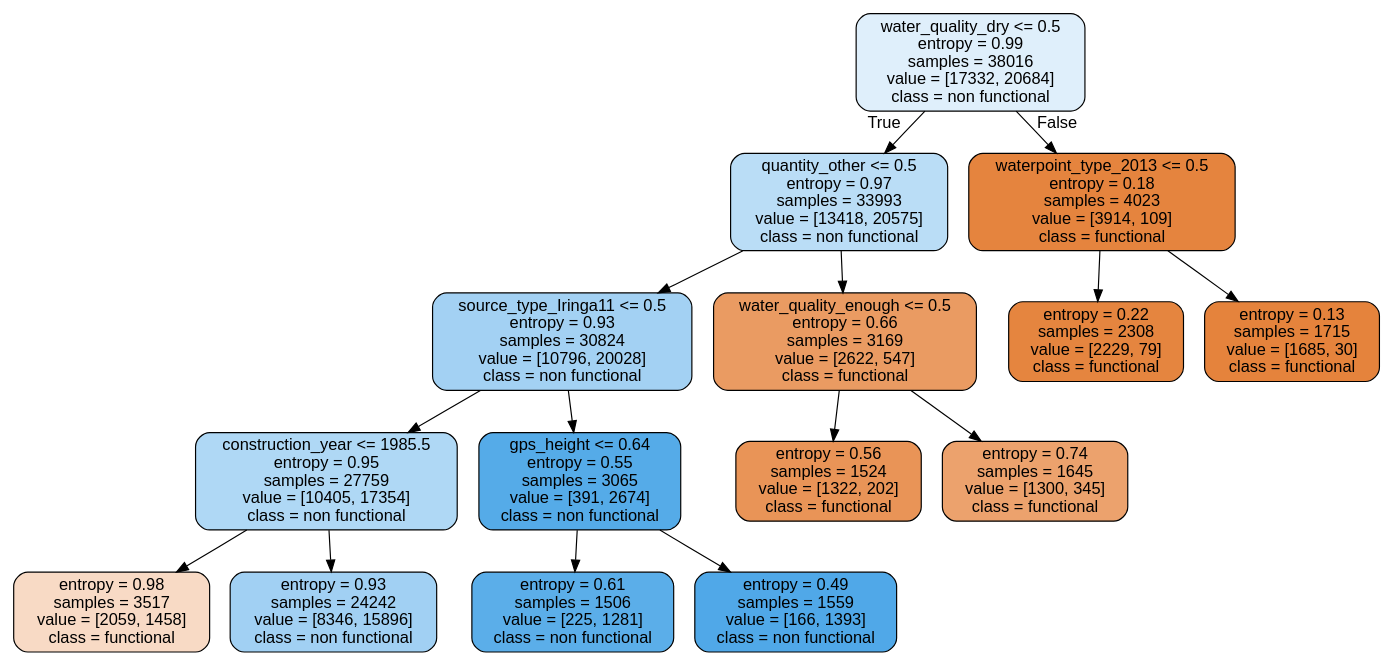
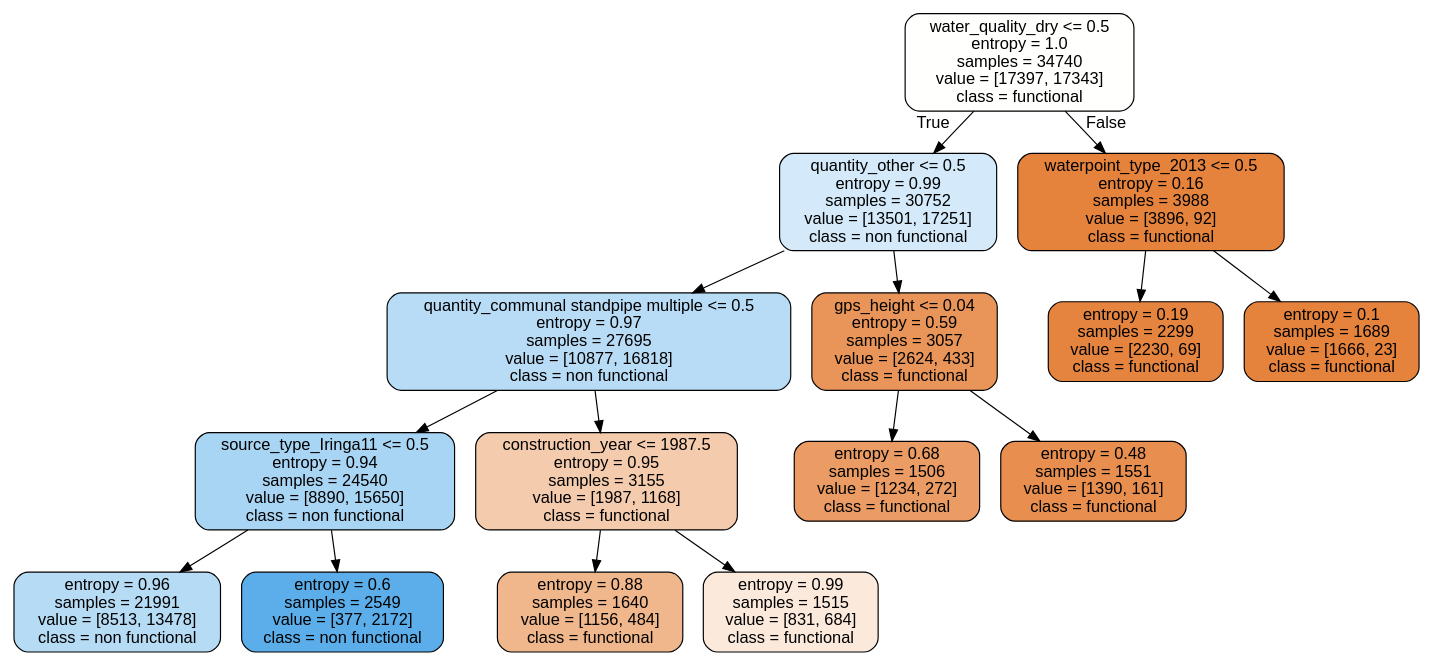
The diagram in tree.dot (Silkways/Tanzania-Water-Project), drawn with Graphviz before and after one commit. The commit also changed 6 other files, not shown here.

```diff
--- a/tree.dot
+++ b/tree.dot
@@ -1,33 +1,33 @@
 digraph Tree {
 node [shape=box, style="filled, rounded", color="black", fontname=helvetica] ;
 edge [fontname=helvetica] ;
-0 [label="water_quality_dry <= 0.5\nentropy = 0.99\nsamples = 38016\nvalue = [17332, 20684]\nclass = non functional", fillcolor="#399de529"] ;
-1 [label="quantity_other <= 0.5\nentropy = 0.97\nsamples = 33993\nvalue = [13418, 20575]\nclass = non functional", fillcolor="#399de559"] ;
+0 [label="water_quality_dry <= 0.5\nentropy = 1.0\nsamples = 34740\nvalue = [17397, 17343]\nclass = functional", fillcolor="#e5813901"] ;
+1 [label="quantity_other <= 0.5\nentropy = 0.99\nsamples = 30752\nvalue = [13501, 17251]\nclass = non functional", fillcolor="#399de537"] ;
 0 -> 1 [labeldistance=2.5, labelangle=45, headlabel="True"] ;
-2 [label="source_type_Iringa11 <= 0.5\nentropy = 0.93\nsamples = 30824\nvalue = [10796, 20028]\nclass = non functional", fillcolor="#399de576"] ;
+2 [label="quantity_communal standpipe multiple <= 0.5\nentropy = 0.97\nsamples = 27695\nvalue = [10877, 16818]\nclass = non functional", fillcolor="#399de55a"] ;
 1 -> 2 ;
-3 [label="construction_year <= 1985.5\nentropy = 0.95\nsamples = 27759\nvalue = [10405, 17354]\nclass = non functional", fillcolor="#399de566"] ;
+3 [label="source_type_Iringa11 <= 0.5\nentropy = 0.94\nsamples = 24540\nvalue = [8890, 15650]\nclass = non functional", fillcolor="#399de56e"] ;
 2 -> 3 ;
-4 [label="entropy = 0.98\nsamples = 3517\nvalue = [2059, 1458]\nclass = functional", fillcolor="#e581394a"] ;
+4 [label="entropy = 0.96\nsamples = 21991\nvalue = [8513, 13478]\nclass = non functional", fillcolor="#399de55e"] ;
 3 -> 4 ;
-5 [label="entropy = 0.93\nsamples = 24242\nvalue = [8346, 15896]\nclass = non functional", fillcolor="#399de579"] ;
+5 [label="entropy = 0.6\nsamples = 2549\nvalue = [377, 2172]\nclass = non functional", fillcolor="#399de5d3"] ;
 3 -> 5 ;
-6 [label="gps_height <= 0.64\nentropy = 0.55\nsamples = 3065\nvalue = [391, 2674]\nclass = non functional", fillcolor="#399de5da"] ;
+6 [label="construction_year <= 1987.5\nentropy = 0.95\nsamples = 3155\nvalue = [1987, 1168]\nclass = functional", fillcolor="#e5813969"] ;
 2 -> 6 ;
-7 [label="entropy = 0.61\nsamples = 1506\nvalue = [225, 1281]\nclass = non functional", fillcolor="#399de5d2"] ;
+7 [label="entropy = 0.88\nsamples = 1640\nvalue = [1156, 484]\nclass = functional", fillcolor="#e5813994"] ;
 6 -> 7 ;
-8 [label="entropy = 0.49\nsamples = 1559\nvalue = [166, 1393]\nclass = non functional", fillcolor="#399de5e1"] ;
+8 [label="entropy = 0.99\nsamples = 1515\nvalue = [831, 684]\nclass = functional", fillcolor="#e581392d"] ;
 6 -> 8 ;
-9 [label="water_quality_enough <= 0.5\nentropy = 0.66\nsamples = 3169\nvalue = [2622, 547]\nclass = functional", fillcolor="#e58139ca"] ;
+9 [label="gps_height <= 0.04\nentropy = 0.59\nsamples = 3057\nvalue = [2624, 433]\nclass = functional", fillcolor="#e58139d5"] ;
 1 -> 9 ;
-10 [label="entropy = 0.56\nsamples = 1524\nvalue = [1322, 202]\nclass = functional", fillcolor="#e58139d8"] ;
+10 [label="entropy = 0.68\nsamples = 1506\nvalue = [1234, 272]\nclass = functional", fillcolor="#e58139c7"] ;
 9 -> 10 ;
-11 [label="entropy = 0.74\nsamples = 1645\nvalue = [1300, 345]\nclass = functional", fillcolor="#e58139bb"] ;
+11 [label="entropy = 0.48\nsamples = 1551\nvalue = [1390, 161]\nclass = functional", fillcolor="#e58139e1"] ;
 9 -> 11 ;
-12 [label="waterpoint_type_2013 <= 0.5\nentropy = 0.18\nsamples = 4023\nvalue = [3914, 109]\nclass = functional", fillcolor="#e58139f8"] ;
+12 [label="waterpoint_type_2013 <= 0.5\nentropy = 0.16\nsamples = 3988\nvalue = [3896, 92]\nclass = functional", fillcolor="#e58139f9"] ;
 0 -> 12 [labeldistance=2.5, labelangle=-45, headlabel="False"] ;
-13 [label="entropy = 0.22\nsamples = 2308\nvalue = [2229, 79]\nclass = functional", fillcolor="#e58139f6"] ;
+13 [label="entropy = 0.19\nsamples = 2299\nvalue = [2230, 69]\nclass = functional", fillcolor="#e58139f7"] ;
 12 -> 13 ;
-14 [label="entropy = 0.13\nsamples = 1715\nvalue = [1685, 30]\nclass = functional", fillcolor="#e58139fa"] ;
+14 [label="entropy = 0.1\nsamples = 1689\nvalue = [1666, 23]\nclass = functional", fillcolor="#e58139fb"] ;
 12 -> 14 ;
 }
```
